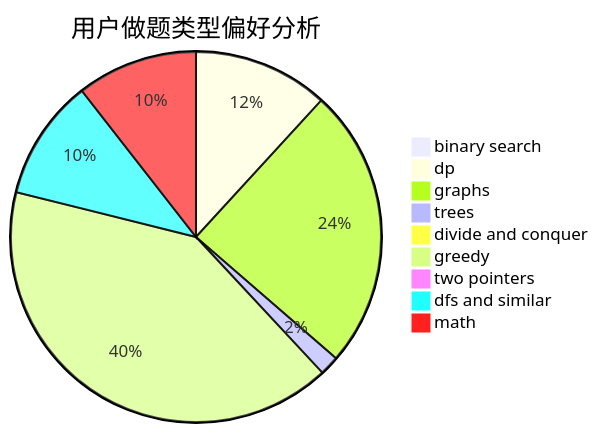
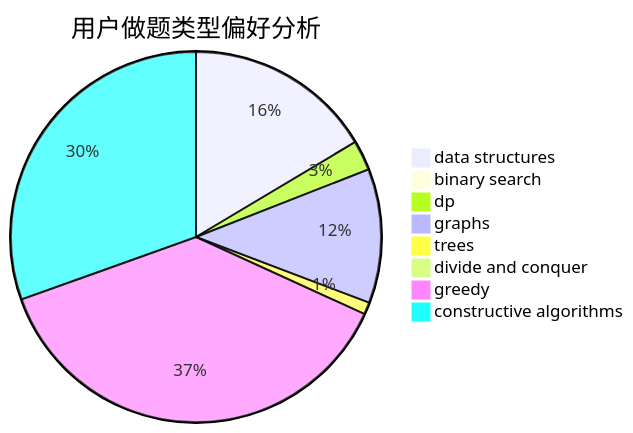
The second of 3 diagrams in docs/user/u731.md (sherpahu/cfrs.github.io), drawn with Mermaid before and after one commit. The commit also changed other lines of this file and 2775 other files, not shown here.

````diff
--- a/docs/user/u731.md
+++ b/docs/user/u731.md
@@ -23,12 +23,11 @@
 ```mermaid
 pie title 用户做题类型偏好分析
+    "data structures" :  327
     "binary search" :  11
-    "dp" :  291
-    "graphs" :  605
-    "trees" :  42
+    "dp" :  52
+    "graphs" :  233
+    "trees" :  21
     "divide and conquer" :  5
-    "greedy" :  1006
-    "two pointers" :  23
-    "dfs and similar" :  260
-    "math" :  260
+    "greedy" :  750
+    "constructive algorithms" :  606
 ```
````
